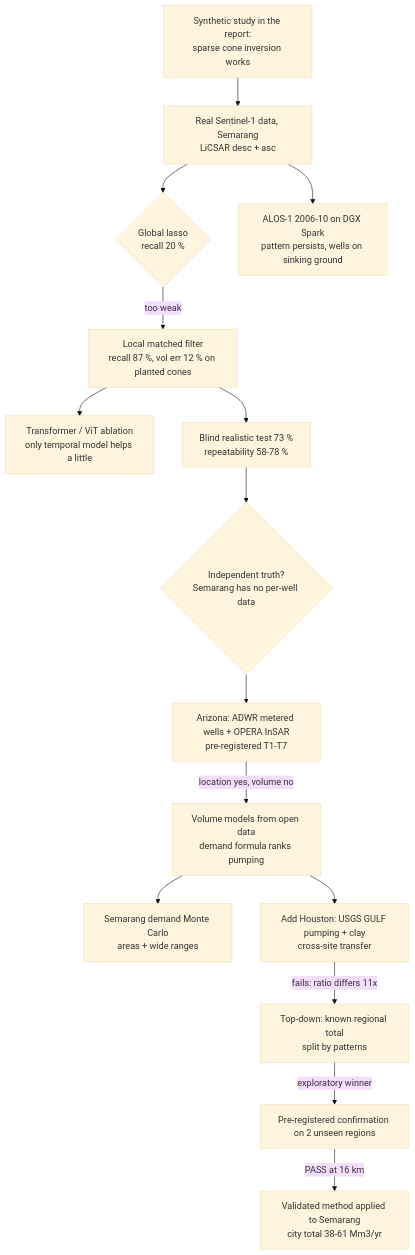
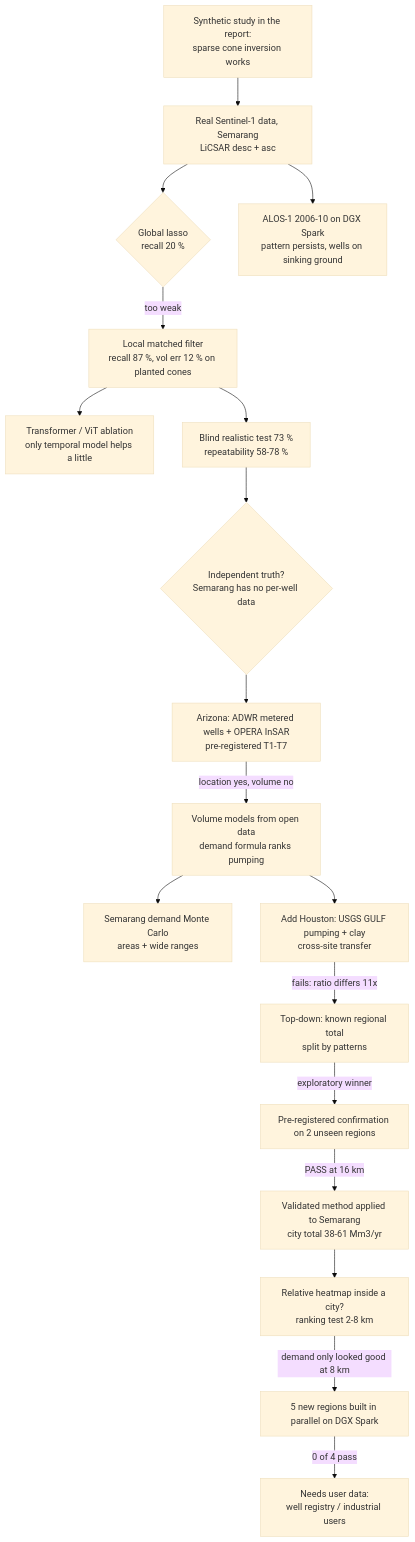
Before and after one commit to MichaelJamesL/aquifair-agc27: the diagram in docs/groundwater-audit-latex-v2/experiments/README.md, drawn with Mermaid (base theme). The commit also changed other lines of this file and 4 other files, not shown here.

Commit message:
docs(groundwater-audit): record relative heatmap test on five new regions

````diff
--- a/docs/groundwater-audit-latex-v2/experiments/README.md
+++ b/docs/groundwater-audit-latex-v2/experiments/README.md
@@ -55,17 +58,20 @@
 ```mermaid
 flowchart TD
     A[Synthetic study in the report:<br/>sparse cone inversion works] --> B[Real Sentinel-1 data, Semarang<br/>LiCSAR desc + asc]
     B --> C{Global lasso<br/>recall 20 %}
     C -->|too weak| D[Local matched filter<br/>recall 87 %, vol err 12 % on planted cones]
     D --> E[Transformer / ViT ablation<br/>only temporal model helps a little]
     D --> F[Blind realistic test 73 %<br/>repeatability 58-78 %]
     F --> G{Independent truth?<br/>Semarang has no per-well data}
     G --> H[Arizona: ADWR metered wells + OPERA InSAR<br/>pre-registered T1-T7]
     H -->|location yes, volume no| I[Volume models from open data<br/>demand formula ranks pumping]
     I --> J[Semarang demand Monte Carlo<br/>areas + wide ranges]
     I --> K[Add Houston: USGS GULF pumping + clay<br/>cross-site transfer]
     K -->|fails: ratio differs 11x| L[Top-down: known regional total<br/>split by patterns]
     L -->|exploratory winner| M[Pre-registered confirmation on 2 unseen regions]
     M -->|PASS at 16 km| N[Validated method applied to Semarang<br/>city total 38-61 Mm3/yr]
     B --> O[ALOS-1 2006-10 on DGX Spark<br/>pattern persists, wells on sinking ground]
+    N --> P[Relative heatmap inside a city?<br/>ranking test 2-8 km]
+    P -->|demand only looked good at 8 km| Q[5 new regions built in parallel on DGX Spark]
+    Q -->|0 of 4 pass| R[Needs user data:<br/>well registry / industrial users]
 ```
````
